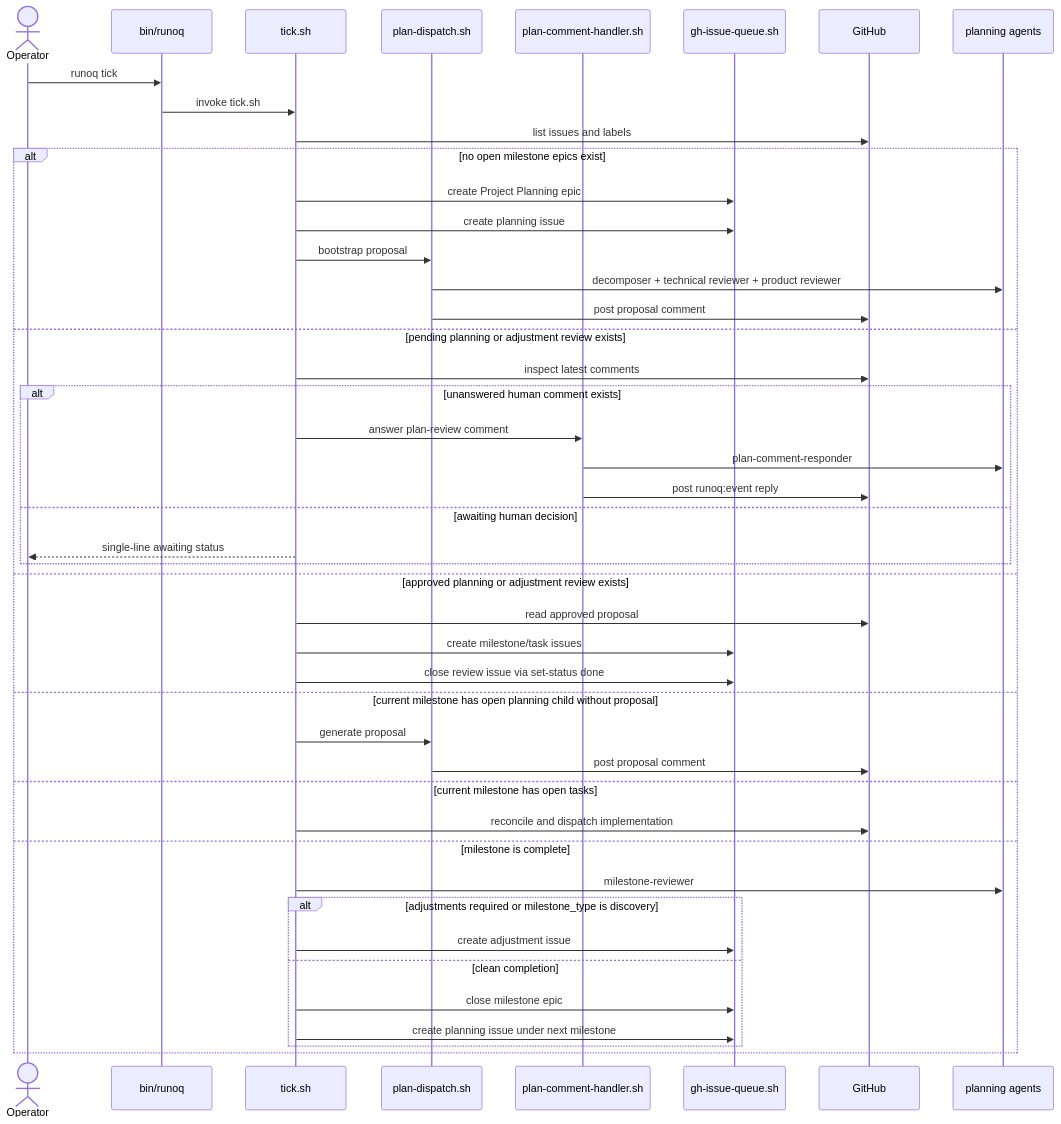
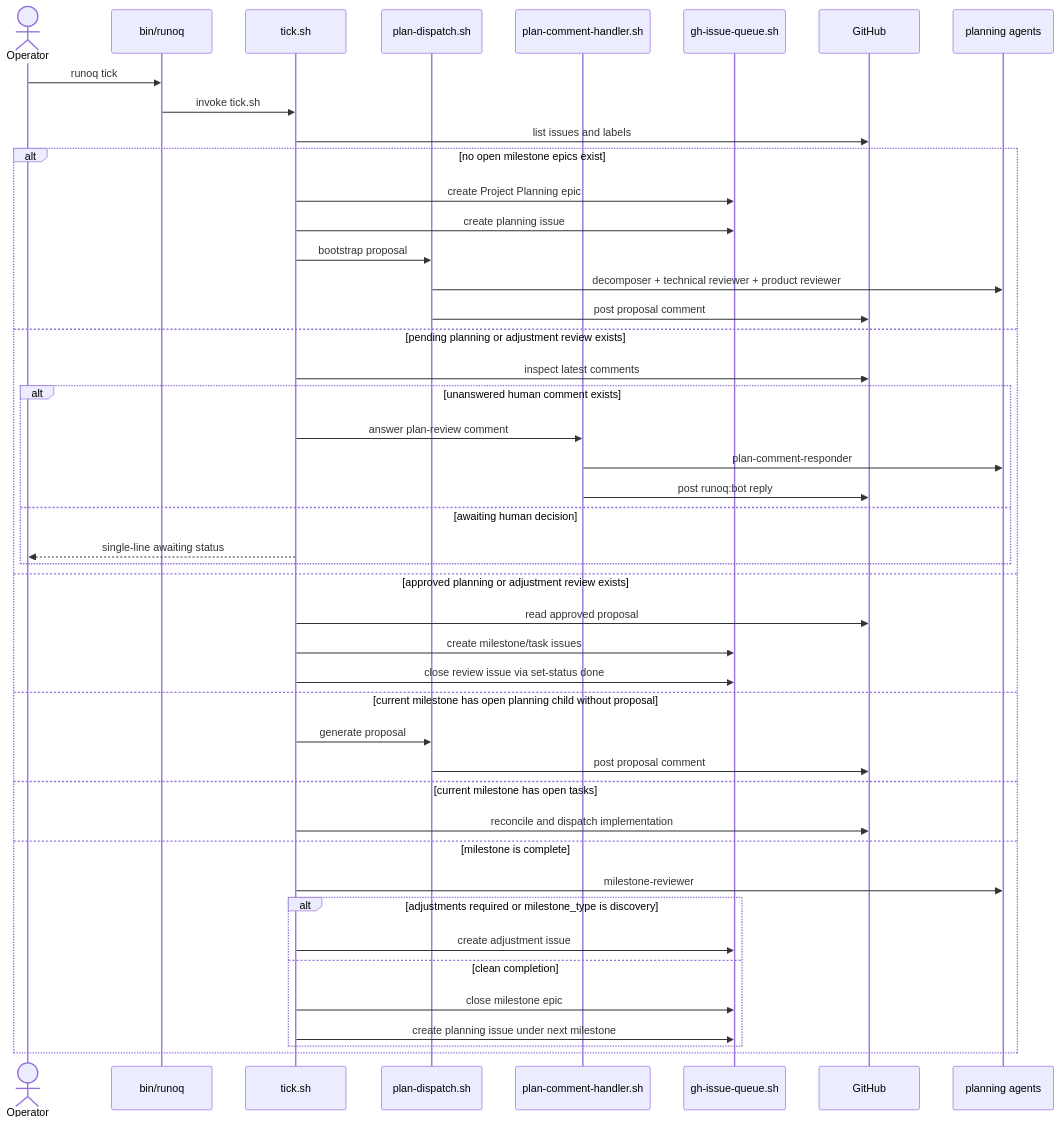
One commit to morhekil/runoq changed the first of 9 diagrams in docs/architecture/flows.md. Above: the diagram before and after it, drawn with Mermaid. The commit also changed other lines of this file and 33 other files, not shown here.

First line of the commit message:
Replace runoq:event markers with runoq:bot, delete event fallback

````diff
--- a/docs/architecture/flows.md
+++ b/docs/architecture/flows.md
@@ -20,48 +20,48 @@
 ```mermaid
 sequenceDiagram
   actor Operator
   participant CLI as bin/runoq
   participant Tick as tick.sh
   participant Dispatch as plan-dispatch.sh
   participant Comment as plan-comment-handler.sh
   participant Queue as gh-issue-queue.sh
   participant GH as GitHub
   participant Claude as planning agents
 
   Operator->>CLI: runoq tick
   CLI->>Tick: invoke tick.sh
   Tick->>GH: list issues and labels
   alt no open milestone epics exist
     Tick->>Queue: create Project Planning epic
     Tick->>Queue: create planning issue
     Tick->>Dispatch: bootstrap proposal
     Dispatch->>Claude: decomposer + technical reviewer + product reviewer
     Dispatch->>GH: post proposal comment
   else pending planning or adjustment review exists
     Tick->>GH: inspect latest comments
     alt unanswered human comment exists
       Tick->>Comment: answer plan-review comment
       Comment->>Claude: plan-comment-responder
-      Comment->>GH: post runoq:event reply
+      Comment->>GH: post runoq:bot reply
     else awaiting human decision
       Tick-->>Operator: single-line awaiting status
     end
   else approved planning or adjustment review exists
     Tick->>GH: read approved proposal
     Tick->>Queue: create milestone/task issues
     Tick->>Queue: close review issue via set-status done
   else current milestone has open planning child without proposal
     Tick->>Dispatch: generate proposal
     Dispatch->>GH: post proposal comment
   else current milestone has open tasks
     Tick->>GH: reconcile and dispatch implementation
   else milestone is complete
     Tick->>Claude: milestone-reviewer
     alt adjustments required or milestone_type is discovery
       Tick->>Queue: create adjustment issue
     else clean completion
       Tick->>Queue: close milestone epic
       Tick->>Queue: create planning issue under next milestone
     end
   end
 ```
````
